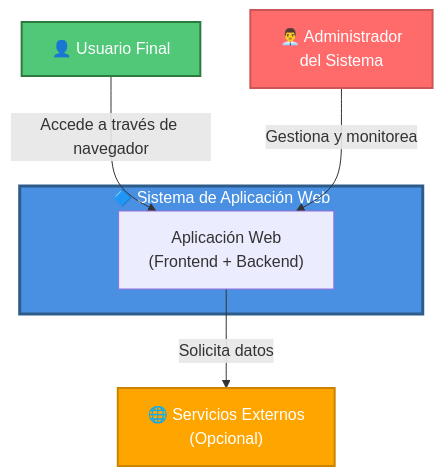
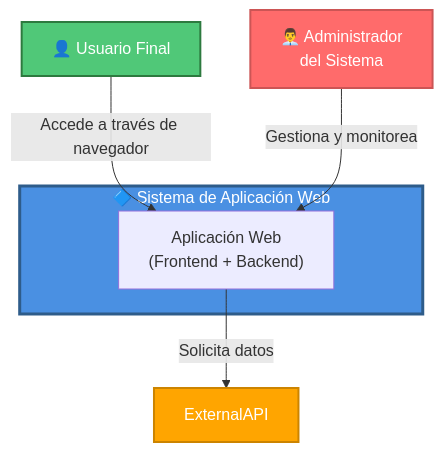
The first of 6 diagrams in README.md (ch1fl1n/Patrones-Arqui), drawn with Mermaid before and after one commit. The commit also changed other lines of this file, not shown here.

````diff
--- a/README.md
+++ b/README.md
@@ -18,20 +18,19 @@
 ```mermaid
 graph
     User["👤 Usuario Final"]
     
     subgraph System["🔷 Sistema de Aplicación Web"]
         WebApp["Aplicación Web<br/>(Frontend + Backend)"]
     end
     
-    ExternalAPI["🌐 Servicios Externos<br/>(Opcional)"]
     Admin["👨‍💼 Administrador<br/>del Sistema"]
     
     User -->|Accede a través de navegador| WebApp
     WebApp -->|Solicita datos| ExternalAPI
     Admin -->|Gestiona y monitorea| WebApp
     
     style System fill:#4A90E2,stroke:#2E5C8A,stroke-width:3px,color:#fff
     style User fill:#50C878,stroke:#2D7A3F,stroke-width:2px,color:#fff
     style Admin fill:#FF6B6B,stroke:#CC5555,stroke-width:2px,color:#fff
     style ExternalAPI fill:#FFA500,stroke:#CC8400,stroke-width:2px,color:#fff
 ```
````
